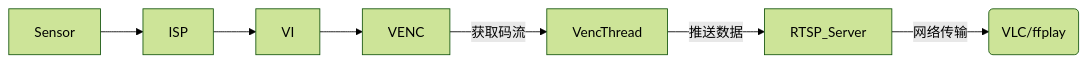
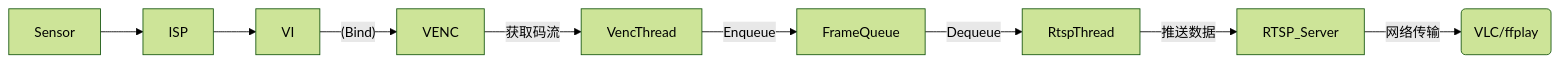
The diagram in docs/RTSP集成说明.md (cjh2423/rv1126_ffmpeg), drawn with Mermaid (forest theme) before and after one commit. The commit also changed other lines of this file and 8 other files, not shown here.

````diff
--- a/docs/RTSP集成说明.md
+++ b/docs/RTSP集成说明.md
@@ -10,7 +10,9 @@
 ```mermaid
 graph LR
-    Sensor --> ISP --> VI --> VENC
+    Sensor --> ISP --> VI --(Bind)--> VENC
     VENC -- 获取码流 --> VencThread
-    VencThread -- 推送数据 --> RTSP_Server
+    VencThread -- Enqueue --> FrameQueue
+    FrameQueue -- Dequeue --> RtspThread
+    RtspThread -- 推送数据 --> RTSP_Server
     RTSP_Server -- 网络传输 --> Player(VLC/ffplay)
 ```
````
